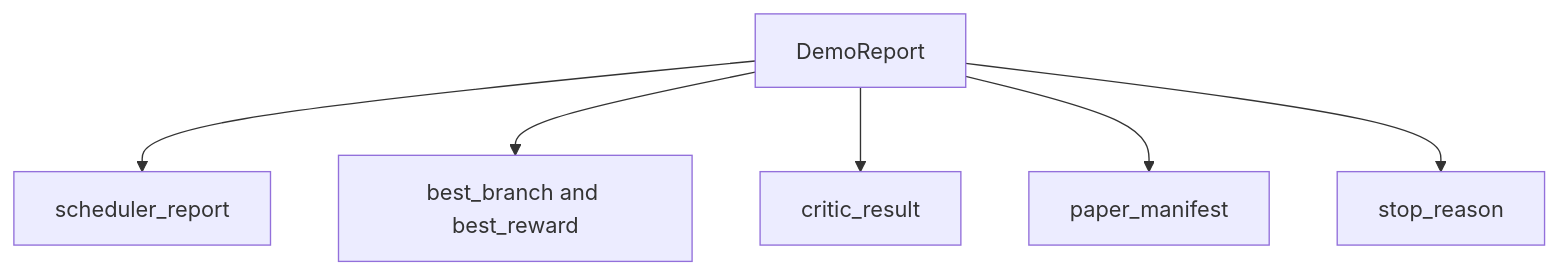
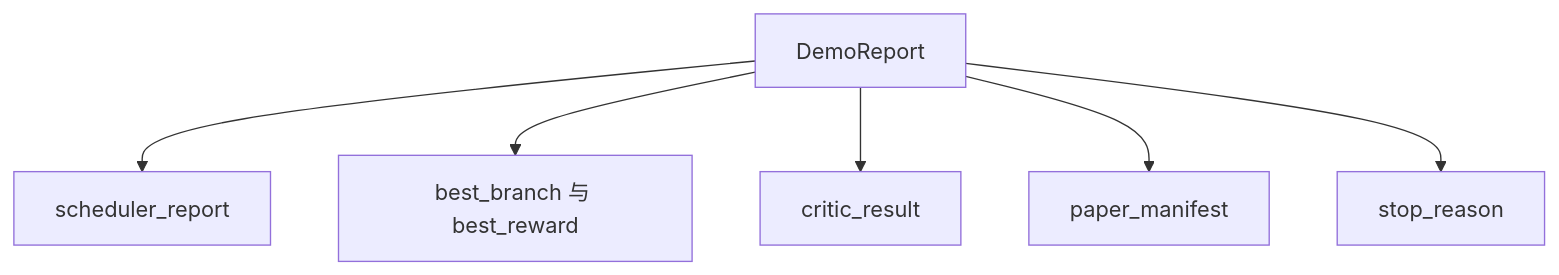
Before and after one commit to JerryC8080/ai-engineering-from-scratch-zh: the third of 3 diagrams in phases/19-capstone-projects/57-end-to-end-research-demo/docs/zh.md, drawn with Mermaid. The commit also changed other lines of this file and 156 other files, not shown here.

First line of the commit message:
i18n(zh): translate mermaid diagram labels in 157 lesson zh.md

````diff
--- a/phases/19-capstone-projects/57-end-to-end-research-demo/docs/zh.md
+++ b/phases/19-capstone-projects/57-end-to-end-research-demo/docs/zh.md
@@ -59,8 +59,8 @@
 ```mermaid
 flowchart TB
     Rep[DemoReport] --> Sch[scheduler_report]
-    Rep --> Pick[best_branch and best_reward]
+    Rep --> Pick[best_branch 与 best_reward]
     Rep --> Cri[critic_result]
     Rep --> Pap[paper_manifest]
     Rep --> Term[stop_reason]
 ```
````
